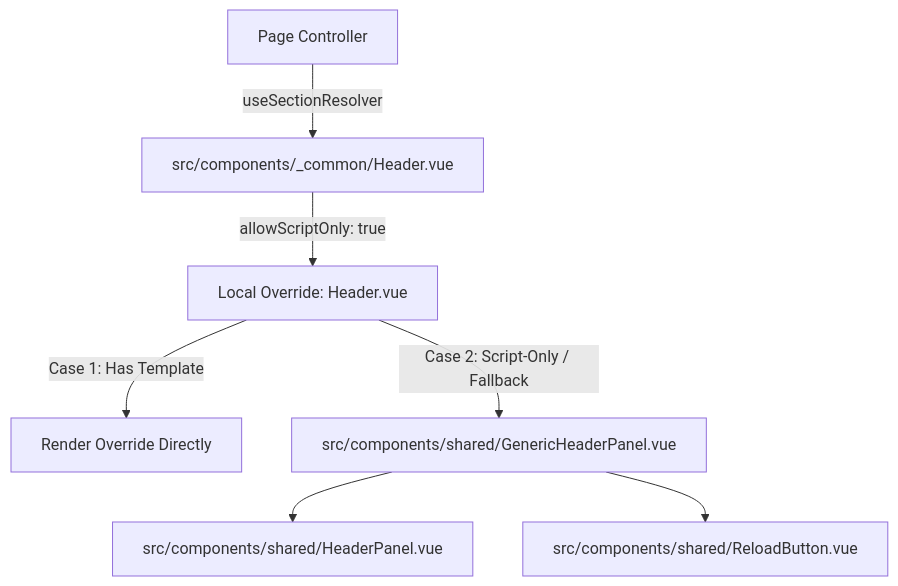
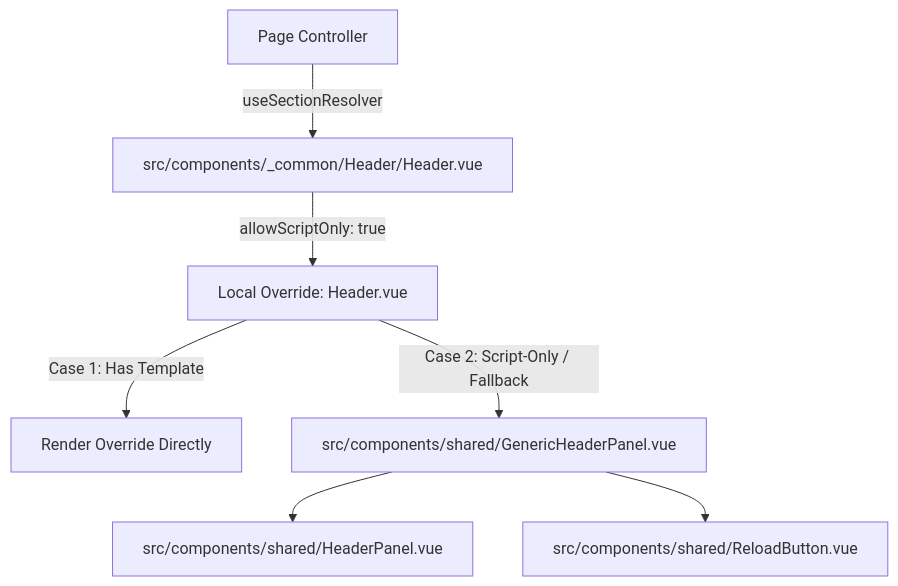
Before and after one commit to firumon/little-leap-aql: the first of 4 diagrams in Documents/CUSTOM_PAGE_AND_PAGE_SECTIONS_CUSTOMIZATIONS.md, drawn with Mermaid. The commit also changed other lines of this file and 1 other file, not shown here.

Commit message:
docs: update page and sections customization instructions for new component architecture

````diff
--- a/Documents/CUSTOM_PAGE_AND_PAGE_SECTIONS_CUSTOMIZATIONS.md
+++ b/Documents/CUSTOM_PAGE_AND_PAGE_SECTIONS_CUSTOMIZATIONS.md
@@ -46,12 +46,12 @@
 ```mermaid
 graph TD
-    PageController[Page Controller] -->|useSectionResolver| Orchestrator[src/components/_common/Header.vue]
+    PageController[Page Controller] -->|useSectionResolver| Orchestrator[src/components/_common/Header/Header.vue]
     
     Orchestrator -->|allowScriptOnly: true| LocalHeader[Local Override: Header.vue]
     
     LocalHeader -->|Case 1: Has Template| RenderDirect[Render Override Directly]
     LocalHeader -->|Case 2: Script-Only / Fallback| GenericHeaderPanel[src/components/shared/GenericHeaderPanel.vue]
     
     GenericHeaderPanel --> HeaderPanel[src/components/shared/HeaderPanel.vue]
     GenericHeaderPanel --> ReloadButton[src/components/shared/ReloadButton.vue]
 ```
````
